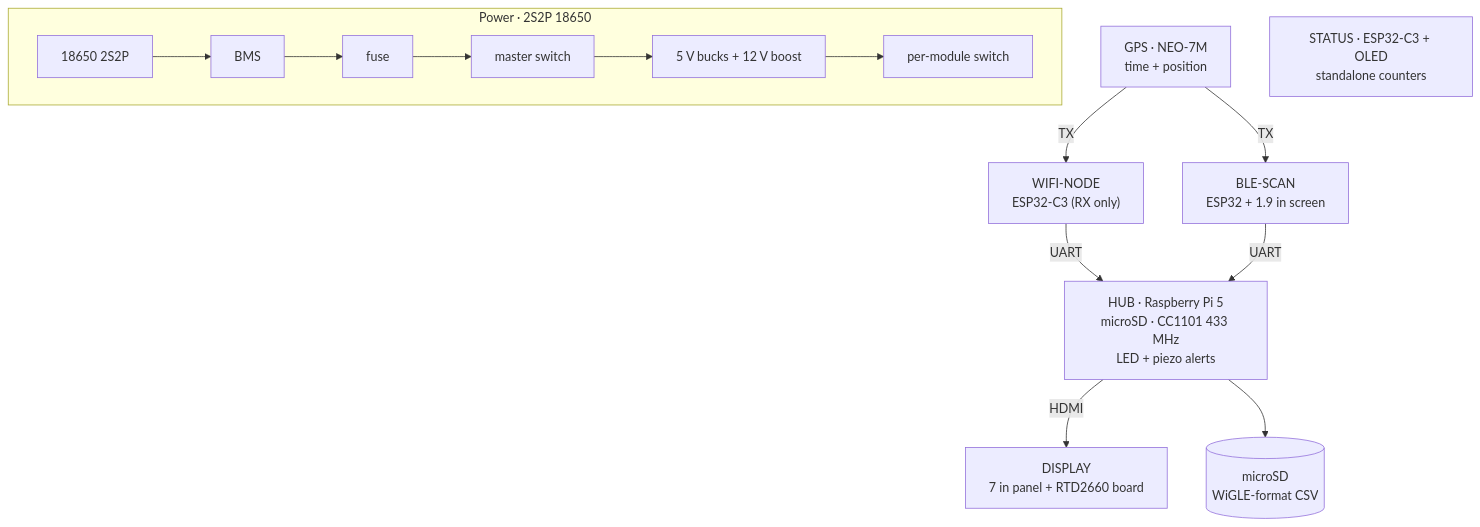
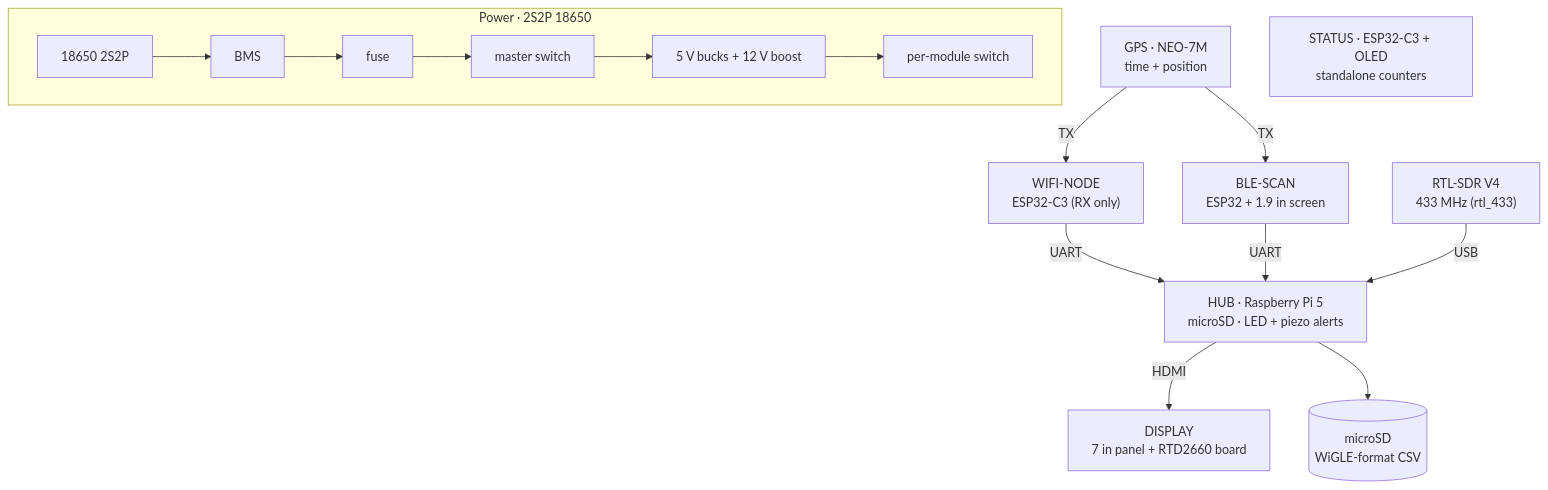
One commit to Lincalibur/War-rig-phantom changed the diagram in README.md. Above: the diagram before and after it, drawn with Mermaid. The commit also changed other lines of this file and 8 other files, not shown here.

First line of the commit message:
Drop the CC1101 for an RTL-SDR and plan the hub software

````diff
--- a/README.md
+++ b/README.md
@@ -33,22 +33,24 @@
 ```mermaid
 flowchart TD
     GPS["GPS · NEO-7M<br/>time + position"]
     WIFI["WIFI-NODE<br/>ESP32-C3 (RX only)"]
     BLE["BLE-SCAN<br/>ESP32 + 1.9 in screen"]
-    HUB["HUB · Raspberry Pi 5<br/>microSD · CC1101 433 MHz<br/>LED + piezo alerts"]
+    HUB["HUB · Raspberry Pi 5<br/>microSD · LED + piezo alerts"]
+    SDR["RTL-SDR V4<br/>433 MHz (rtl_433)"]
     DISPLAY["DISPLAY<br/>7 in panel + RTD2660 board"]
     STATUS["STATUS · ESP32-C3 + OLED<br/>standalone counters"]
     SD[("microSD<br/>WiGLE-format CSV")]
 
     GPS -->|TX| WIFI
     GPS -->|TX| BLE
     WIFI -->|UART| HUB
     BLE -->|UART| HUB
+    SDR -->|USB| HUB
     HUB -->|HDMI| DISPLAY
     HUB --> SD
 
     subgraph POWER["Power · 2S2P 18650"]
       direction LR
       BAT["18650 2S2P"] --> BMS["BMS"] --> FUSE["fuse"] --> MSW["master switch"] --> BUCK["5 V bucks + 12 V boost"] --> PSW["per-module switch"]
     end
 ```
````
